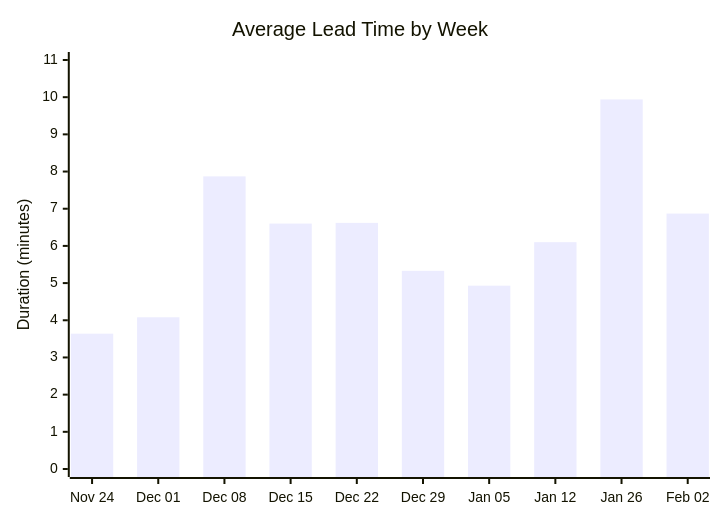
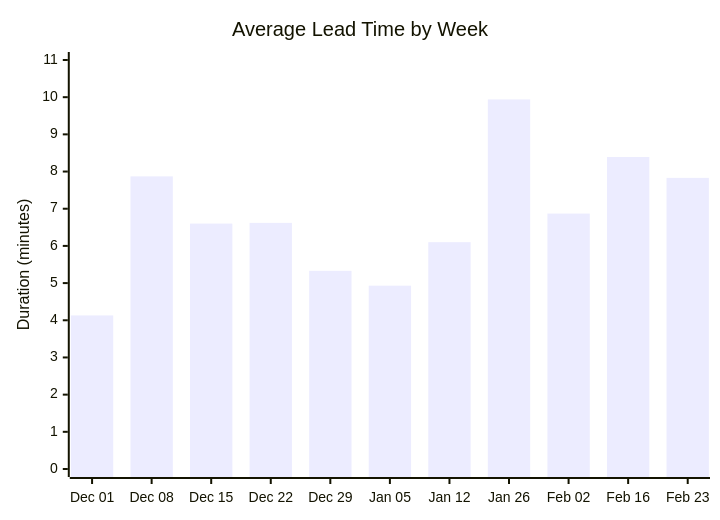
Before and after one commit to ukma-cs-ssdm-2025/rate-ukma: the second of 4 diagrams in docs/ci-cd/dora-summary.md, drawn with Mermaid. The commit also changed other lines of this file, not shown here.

````diff
--- a/docs/ci-cd/dora-summary.md
+++ b/docs/ci-cd/dora-summary.md
@@ -26,7 +31,7 @@
 ```mermaid
 xychart-beta
     title "Average Lead Time by Week"
-    x-axis ["Nov 24", "Dec 01", "Dec 08", "Dec 15", "Dec 22", "Dec 29", "Jan 05", "Jan 12", "Jan 26", "Feb 02"]
+    x-axis ["Dec 01", "Dec 08", "Dec 15", "Dec 22", "Dec 29", "Jan 05", "Jan 12", "Jan 26", "Feb 02", "Feb 16", "Feb 23"]
     y-axis "Duration (minutes)" 0 --> 11
-    bar [3.64, 4.08, 7.87, 6.60, 6.62, 5.33, 4.93, 6.10, 9.94, 6.87]
+    bar [4.13, 7.87, 6.60, 6.62, 5.33, 4.93, 6.10, 9.94, 6.87, 8.39, 7.83]
 ```
````
